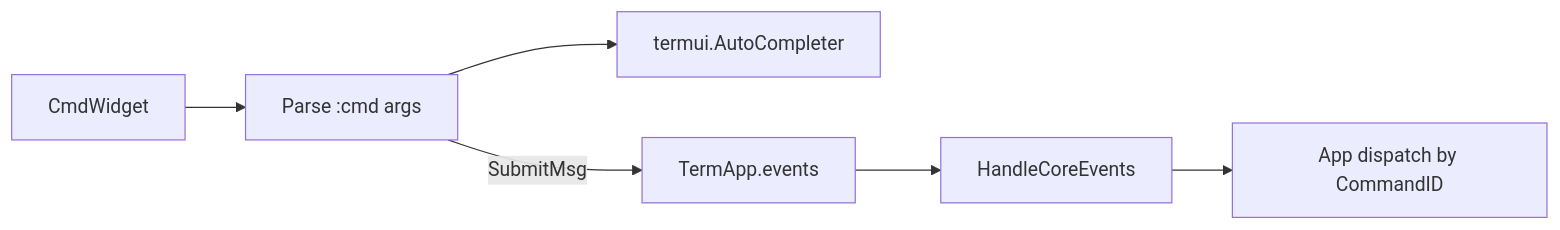
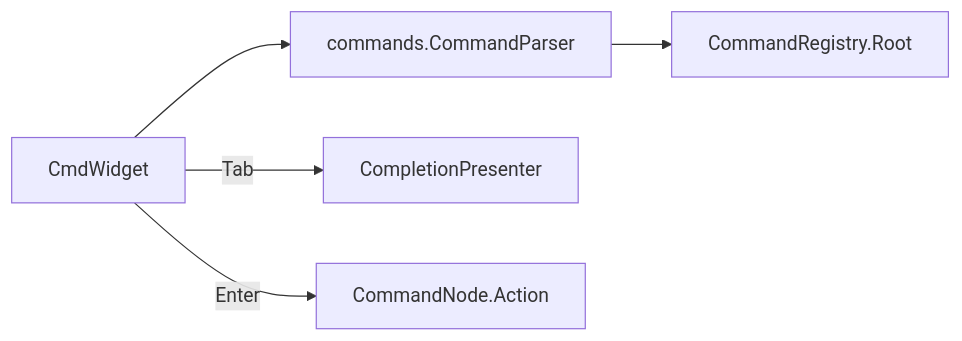
Before and after one commit to yairgd/gdbforge: the fourth of 4 diagrams in docs/INPUT.md, drawn with Mermaid. The commit also changed other lines of this file and 9 other files, not shown here.

````diff
--- a/docs/INPUT.md
+++ b/docs/INPUT.md
@@ -277,12 +279,13 @@
 ```mermaid
 flowchart LR
     CmdLine["CmdWidget"]
-    Parse["Parse :cmd args"]
-    Completer["termui.AutoCompleter"]
-    Bus["TermApp.events"]
-    Handler["HandleCoreEvents"]
-    Actions["App dispatch by CommandID"]
+    Parser["commands.CommandParser"]
+    Tree["CommandRegistry.Root"]
+    Presenter["CompletionPresenter"]
+    Action["CommandNode.Action"]
 
-    CmdLine --> Parse --> Completer
-    Parse -->|"SubmitMsg"| Bus --> Handler --> Actions
+    CmdLine --> Parser
+    Parser --> Tree
+    CmdLine -->|"Tab"| Presenter
+    CmdLine -->|"Enter"| Action
 ```
````
